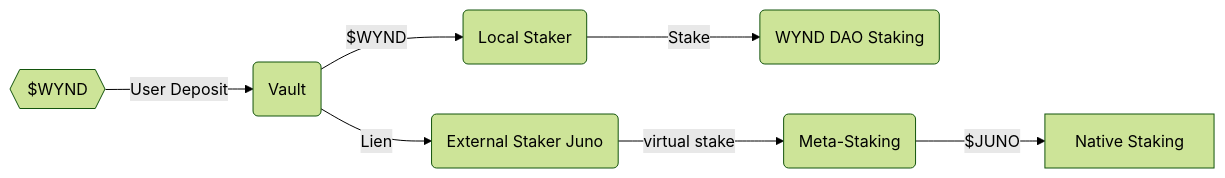
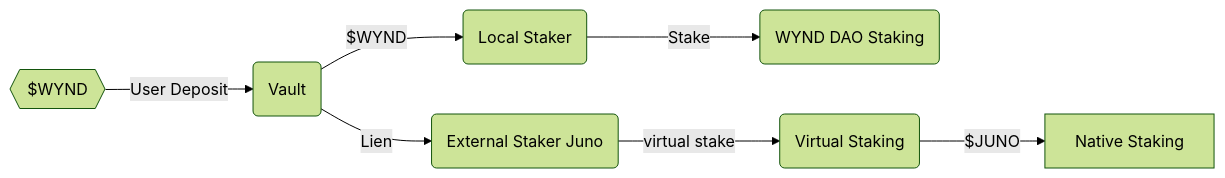
The third of 3 diagrams in docs/provider/Provider.md (0xVov5/mesh), drawn with Mermaid before and after one commit. The commit also changed 1 other file, not shown here.

Commit message:
Replace remaining Meta-Staking with Virtual Staking

````diff
--- a/docs/provider/Provider.md
+++ b/docs/provider/Provider.md
@@ -161,10 +161,10 @@
 ```mermaid
 flowchart LR
   %%{init: {'theme': 'forest'}}%%
   A{{$WYND}} -- User Deposit --> B(Vault);
   B -- $WYND --> C(Local Staker);
   C -- Stake --> D(WYND DAO Staking)
   B -- Lien --> E(External Staker Juno);
-  E -- virtual stake --> F(Meta-Staking);
+  E -- virtual stake --> F(Virtual Staking);
   F -- $JUNO --> G[Native Staking];
 ```
````
